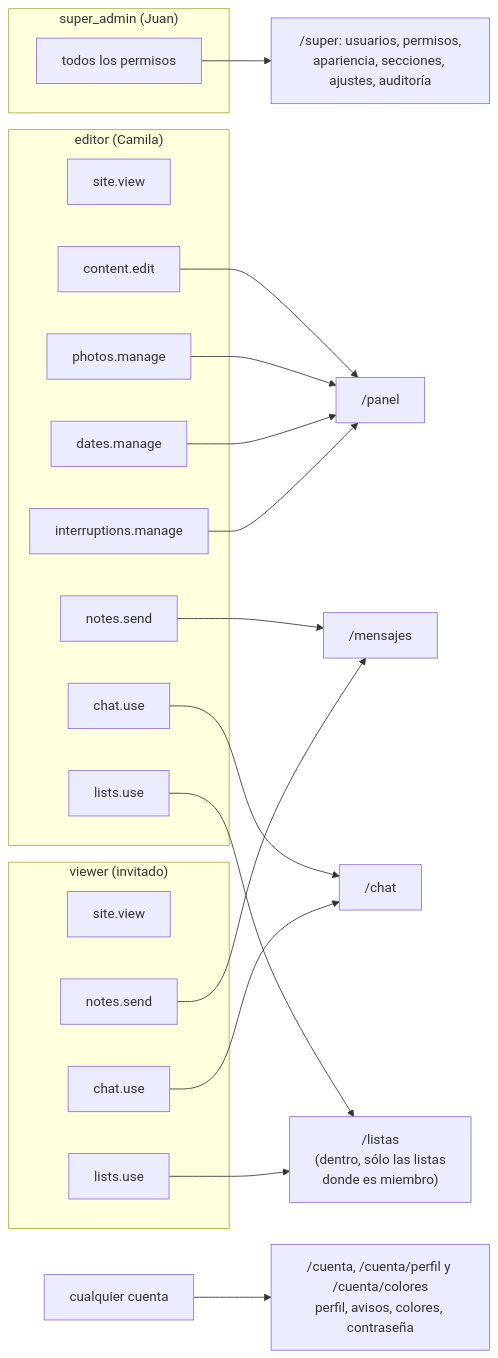
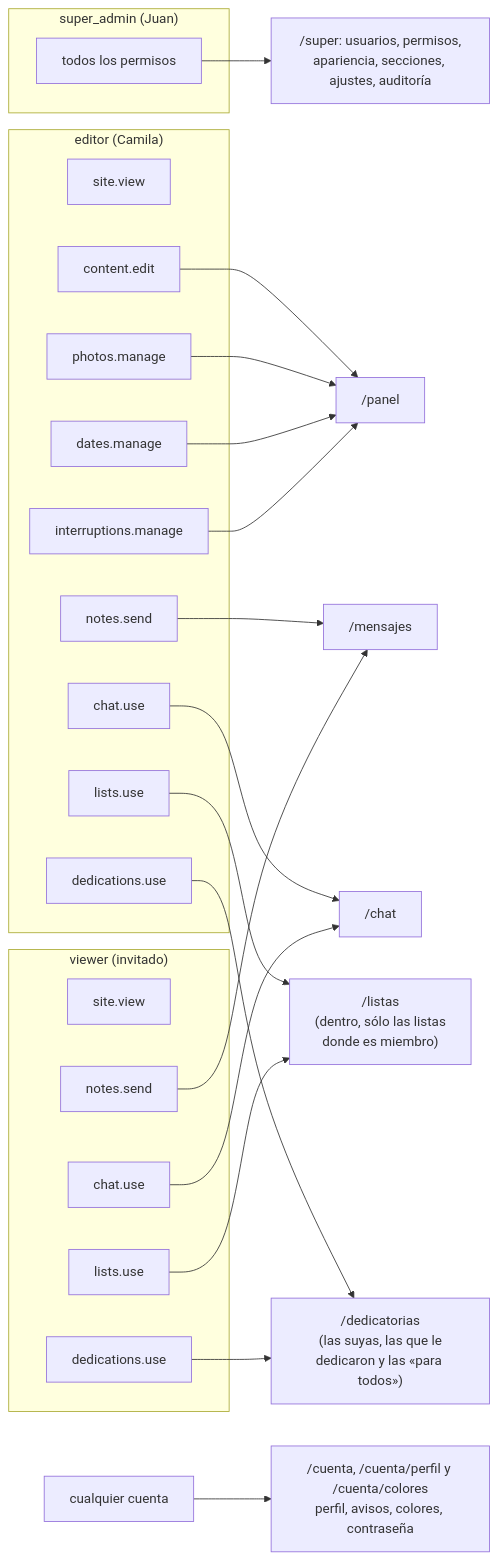
One commit to Juan-Carlos-Estevez-Vargas/Camila-Sanchez changed diagram 55 of 60 in docs/DIAGRAMAS.md. Above: the diagram before and after it, drawn with Mermaid. The commit also changed other lines of this file and 7 other files, not shown here.

Commit message:
docs(dedicatorias): manual, arquitectura, seguridad, diagramas y capturas de las dedicatorias y la playlist

````diff
--- a/docs/DIAGRAMAS.md
+++ b/docs/DIAGRAMAS.md
@@ -1443,28 +1548,31 @@
 ```mermaid
 flowchart LR
   subgraph super_admin["super_admin (Juan)"]
     ALL["todos los permisos"]
   end
   subgraph editor["editor (Camila)"]
     E1["site.view"]
     E2["content.edit"]
     E3["photos.manage"]
     E4["dates.manage"]
     E5["interruptions.manage"]
     E6["notes.send"]
     E7["chat.use"]
     E8["lists.use"]
+    E9["dedications.use"]
   end
   subgraph viewer["viewer (invitado)"]
     V1["site.view"]
     V2["notes.send"]
     V3["chat.use"]
     V4["lists.use"]
+    V5["dedications.use"]
   end
   ALL --> SUPER["/super: usuarios, permisos,<br/>apariencia, secciones, ajustes, auditoría"]
   E2 & E3 & E4 & E5 --> PANEL["/panel"]
   E6 & V2 --> MSG["/mensajes"]
   E7 & V3 --> CHAT["/chat"]
   E8 & V4 --> LISTAS["/listas<br/>(dentro, sólo las listas<br/>donde es miembro)"]
+  E9 & V5 --> DED["/dedicatorias<br/>(las suyas, las que le<br/>dedicaron y las «para todos»)"]
   ANY["cualquier cuenta"] --> CUENTA["/cuenta, /cuenta/perfil y /cuenta/colores<br/>perfil, avisos, colores, contraseña"]
 ```
````
